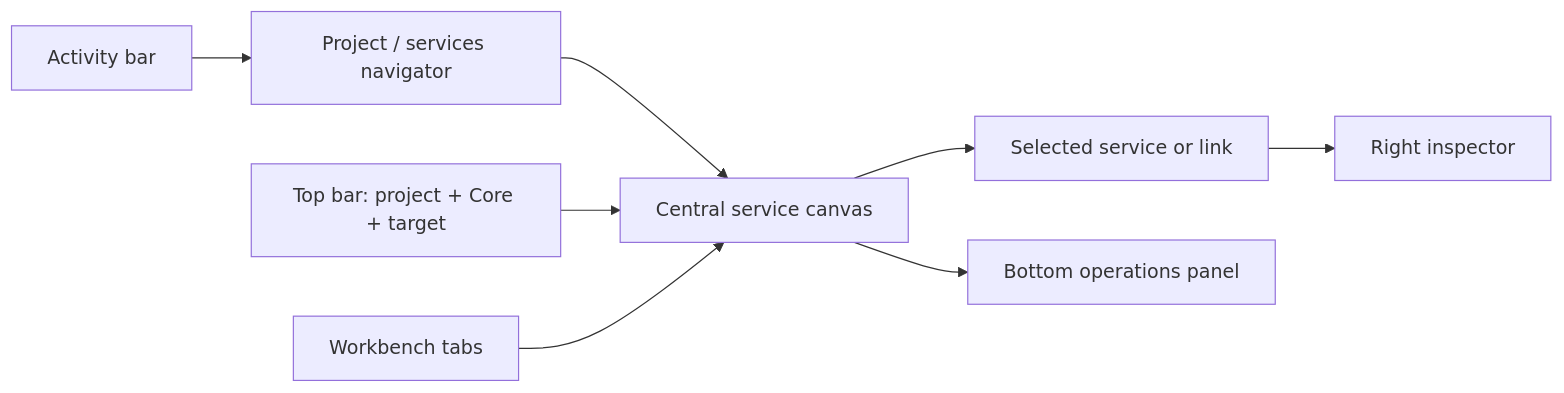
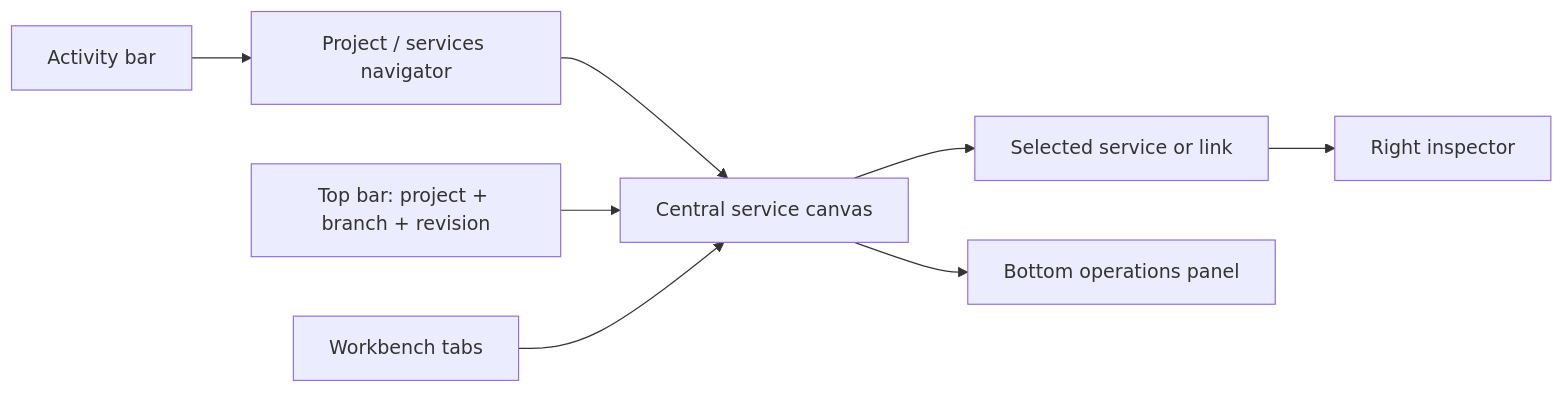
One commit to Liapoldus/studio changed the diagram in docs/core-workspace.md. Above: the diagram before and after it, drawn with Mermaid. The commit also changed other lines of this file and 6 other files, not shown here.

````diff
--- a/docs/core-workspace.md
+++ b/docs/core-workspace.md
@@ -7,10 +8,10 @@
 ```mermaid
 flowchart LR
     A["Activity bar"] --> B["Project / services navigator"]
     B --> C["Central service canvas"]
     C --> D["Selected service or link"]
     D --> E["Right inspector"]
     C --> F["Bottom operations panel"]
-    G["Top bar: project + Core + target"] --> C
+    G["Top bar: project + branch + revision"] --> C
     H["Workbench tabs"] --> C
 ```
````
